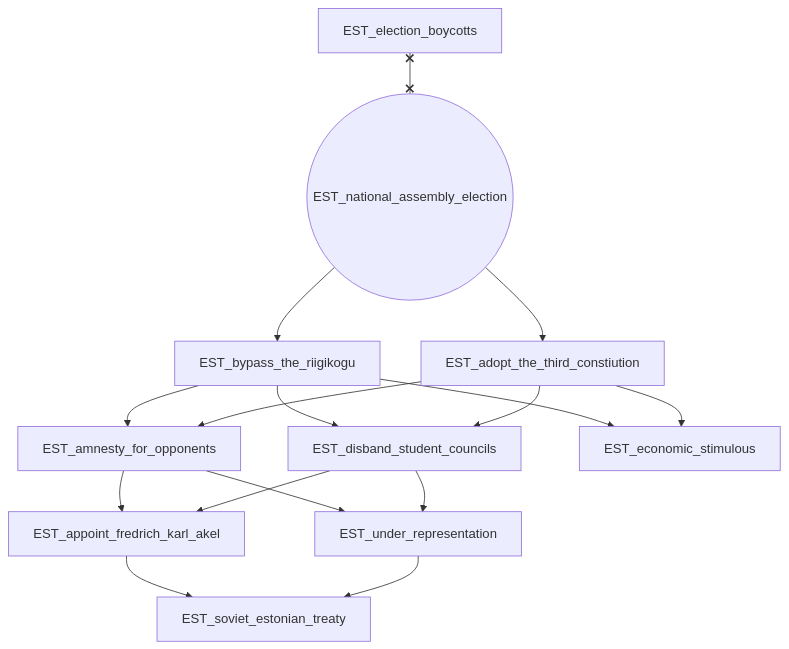
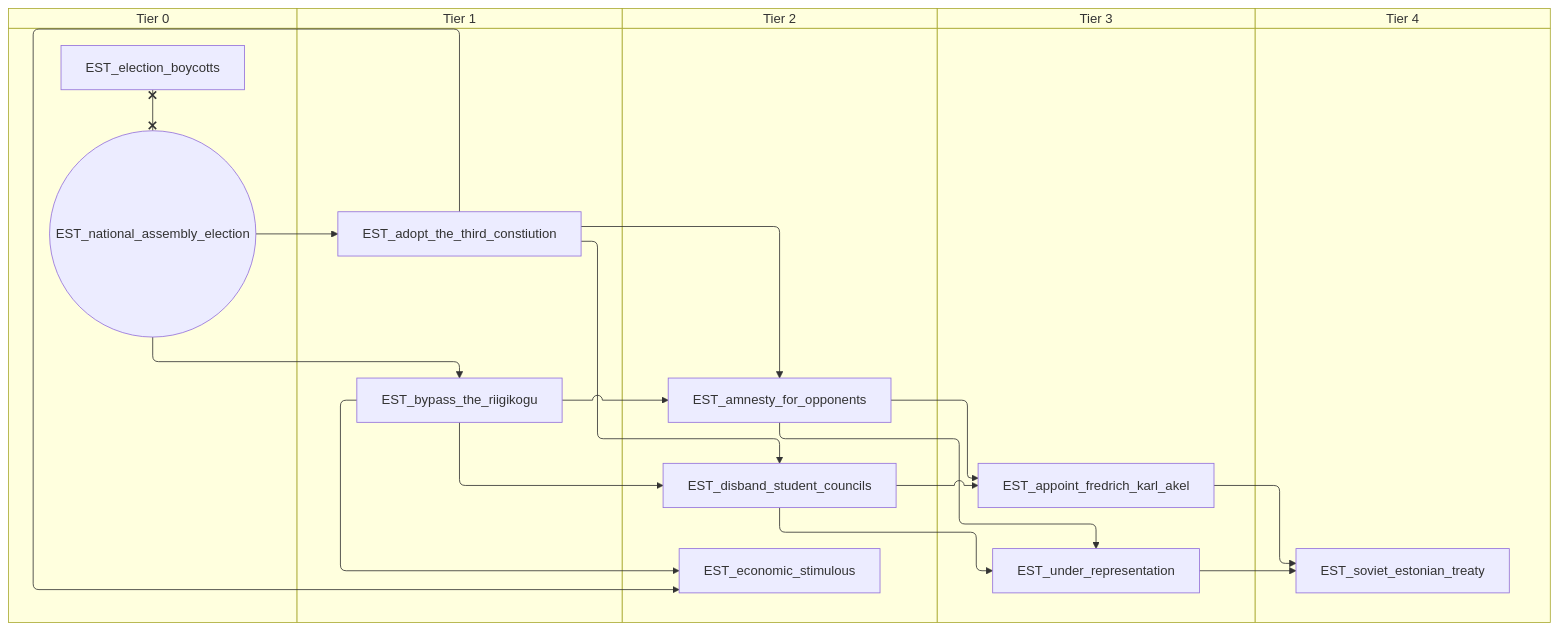
One commit to evgeny-sobol/hoi4-sandbox-mode-r56 changed the second of 2 diagrams in docs/gdd/National Focuses/r56_estonia.md. Above: the diagram before and after it, drawn with Mermaid. The commit also changed other lines of this file and 423 other files, not shown here.

First line of the commit message:
Re-export Rt56 focus trees as swimlane diagrams

````diff
--- a/docs/gdd/National Focuses/r56_estonia.md
+++ b/docs/gdd/National Focuses/r56_estonia.md
@@ -58,28 +70,38 @@
 ```mermaid
-flowchart TD
-    n23["EST_adopt_the_third_constiution"]
-    n24["EST_amnesty_for_opponents"]
-    n25["EST_appoint_fredrich_karl_akel"]
-    n26["EST_bypass_the_riigikogu"]
-    n27["EST_disband_student_councils"]
-    n28["EST_economic_stimulous"]
-    n9["EST_election_boycotts"]
-    n17(("EST_national_assembly_election"))
-    n29["EST_soviet_estonian_treaty"]
-    n30["EST_under_representation"]
-    n17 --> n23
-    n26 --> n24
-    n23 --> n24
+swimlane-beta TD
+    subgraph tier_0["Tier 0"]
+        n1["EST_election_boycotts"]
+        n2(("EST_national_assembly_election"))
+    end
+    subgraph tier_1["Tier 1"]
+        n23["EST_adopt_the_third_constiution"]
+        n24["EST_bypass_the_riigikogu"]
+    end
+    subgraph tier_2["Tier 2"]
+        n25["EST_amnesty_for_opponents"]
+        n26["EST_disband_student_councils"]
+        n27["EST_economic_stimulous"]
+    end
+    subgraph tier_3["Tier 3"]
+        n28["EST_appoint_fredrich_karl_akel"]
+        n29["EST_under_representation"]
+    end
+    subgraph tier_4["Tier 4"]
+        n30["EST_soviet_estonian_treaty"]
+    end
+    n2 --> n23
     n24 --> n25
-    n27 --> n25
-    n17 --> n26
-    n26 --> n27
+    n23 --> n25
+    n25 --> n28
+    n26 --> n28
+    n2 --> n24
+    n24 --> n26
+    n23 --> n26
+    n24 --> n27
     n23 --> n27
-    n26 --> n28
-    n23 --> n28
+    n28 --> n30
+    n29 --> n30
     n25 --> n29
-    n30 --> n29
-    n24 --> n30
-    n27 --> n30
-    n9 x--x n17
+    n26 --> n29
+    n1 x--x n2
 ```
````
